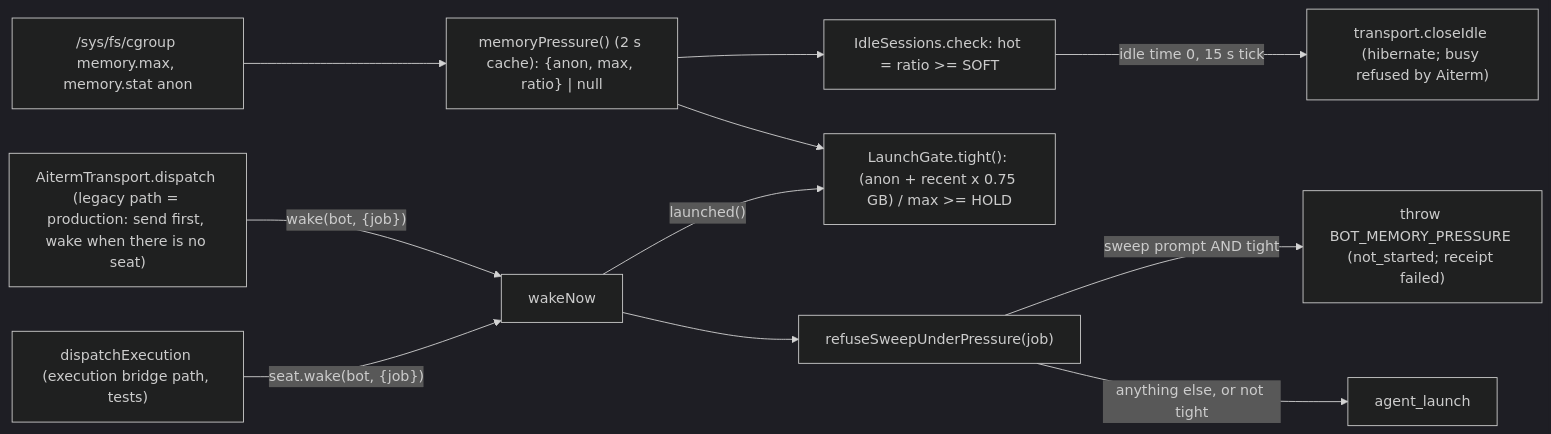
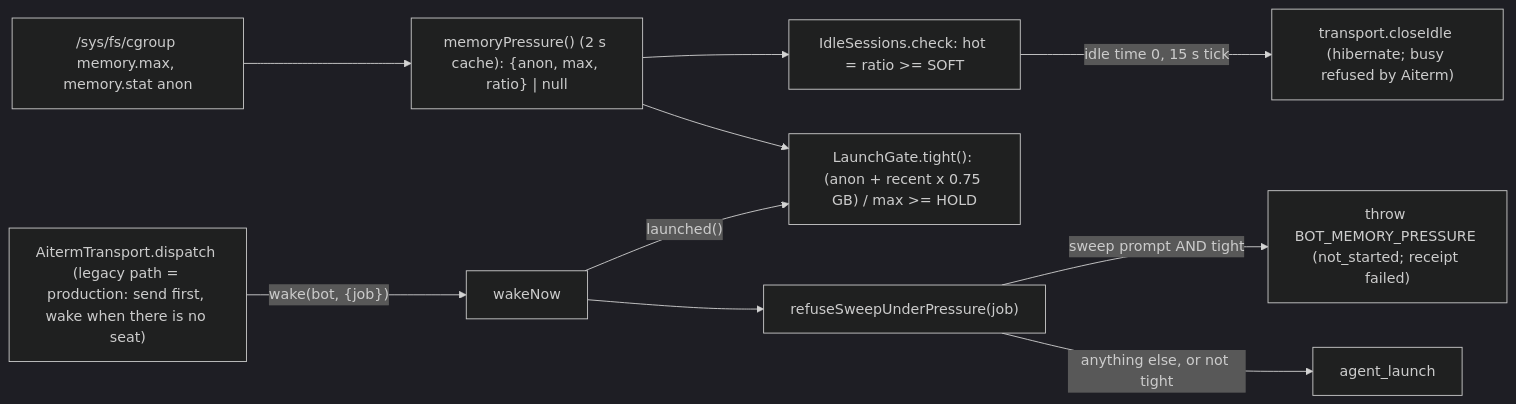
Before and after one commit to kitepon/BellTeam: the first of 4 diagrams in docs/architecture/modules/execution/memory-budget.md, drawn with Mermaid (dark theme). The commit also changed other lines of this file and 28 other files, not shown here.

First line of the commit message:
a532b2 stage 1a: drop the unused bridge paths from BellTeam (diagrams first)

````diff
--- a/docs/architecture/modules/execution/memory-budget.md
+++ b/docs/architecture/modules/execution/memory-budget.md
@@ -17,13 +17,12 @@
 ```mermaid
 flowchart LR
   CG["/sys/fs/cgroup memory.max, memory.stat anon"] --> MP["memoryPressure() (2 s cache): {anon, max, ratio} | null"]
   MP --> IS["IdleSessions.check: hot = ratio >= SOFT"]
   IS -->|"idle time 0, 15 s tick"| CI["transport.closeIdle (hibernate; busy refused by Aiterm)"]
   MP --> LG["LaunchGate.tight(): (anon + recent x 0.75 GB) / max >= HOLD"]
   DL["AitermTransport.dispatch (legacy path = production: send first, wake when there is no seat)"] -->|"wake(bot, {job})"| WK["wakeNow"]
-  DE["dispatchExecution (execution bridge path, tests)"] -->|"seat.wake(bot, {job})"| WK
   WK --> RS["refuseSweepUnderPressure(job)"]
   RS -->|"sweep prompt AND tight"| RF["throw BOT_MEMORY_PRESSURE (not_started; receipt failed)"]
   RS -->|"anything else, or not tight"| AL["agent_launch"]
   WK -->|"launched()"| LG
 ```
````
